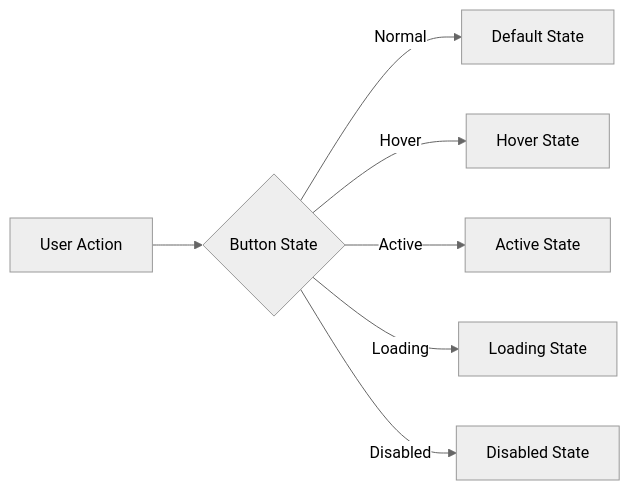
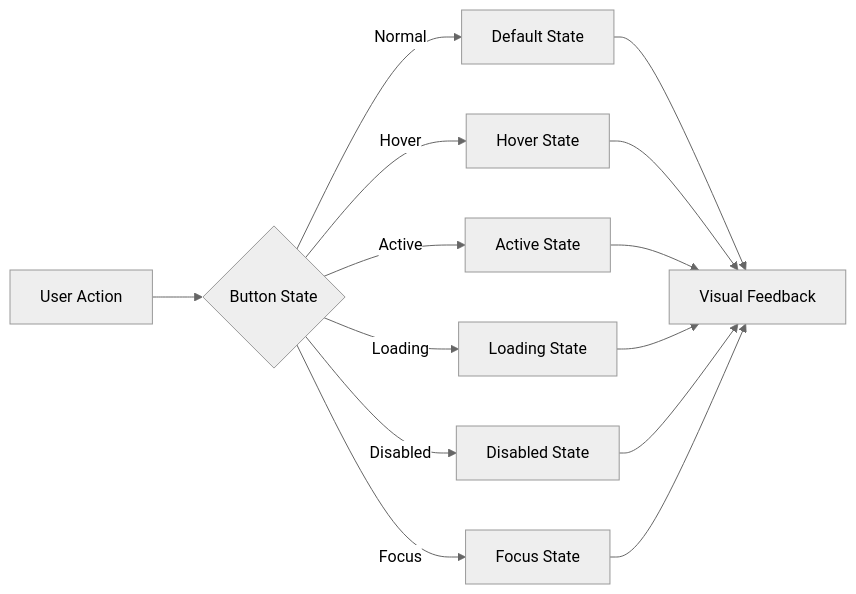
Before and after one commit to gedeza/thrive-send: the third of 3 diagrams in DOCS/components/ui/Button.md, drawn with Mermaid (neutral theme). The commit also changed other lines of this file and 25 other files, not shown here.

````diff
--- a/DOCS/components/ui/Button.md
+++ b/DOCS/components/ui/Button.md
@@ -98,9 +135,17 @@
 ```mermaid
 graph LR
     A[User Action] --> B{Button State}
     B -->|Normal| C[Default State]
     B -->|Hover| D[Hover State]
     B -->|Active| E[Active State]
     B -->|Loading| F[Loading State]
     B -->|Disabled| G[Disabled State]
+    B -->|Focus| H[Focus State]
+    
+    C --> I[Visual Feedback]
+    D --> I
+    E --> I
+    F --> I
+    G --> I
+    H --> I
 ```
````
